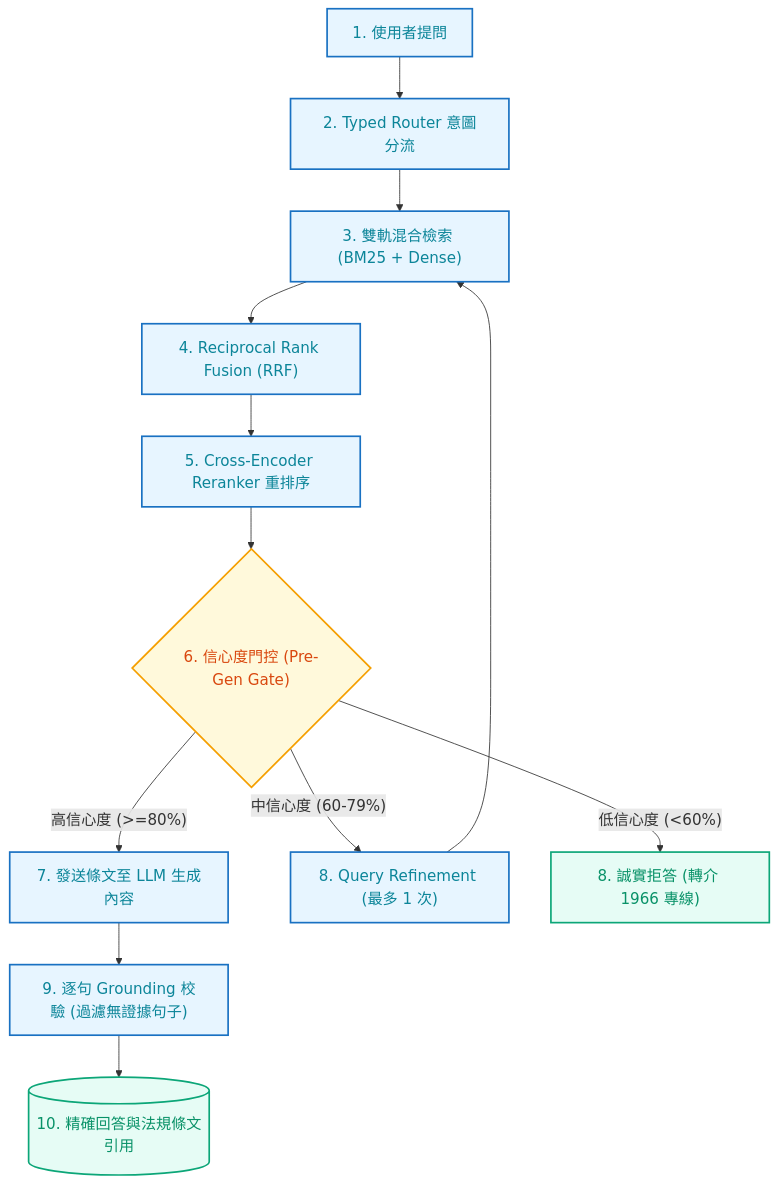
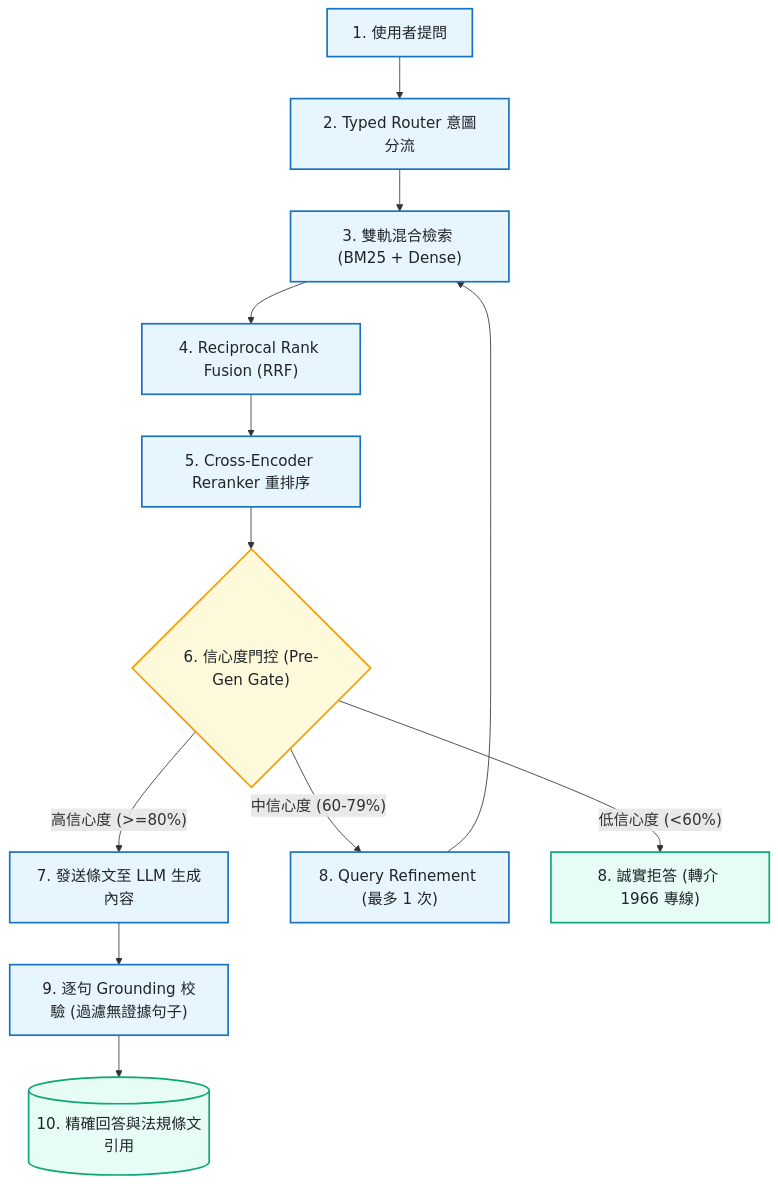
One commit to kuotunyu/tw-longcare-rag changed the first of 2 diagrams in README.md. Above: the diagram before and after it, drawn with Mermaid.

Commit message:
style(docs): unify node text color to solid black (#212529) for cleaner readability

````diff
--- a/README.md
+++ b/README.md
@@ -34,25 +34,25 @@
 ```mermaid
 %%{init: {'themeVariables': {'fontSize': '18px'}}}%%
 flowchart TD
     Q["1. 使用者提問"] --> R["2. Typed Router 意圖分流"]
     R --> H["3. 雙軌混合檢索 (BM25 + Dense)"]
     H --> RRF["4. Reciprocal Rank Fusion (RRF)"]
     RRF --> CE["5. Cross-Encoder Reranker 重排序"]
     CE --> Gate{"6. 信心度門控 (Pre-Gen Gate)"}
 
     Gate -->|"高信心度 (>=80%)"| Gen["7. 發送條文至 LLM 生成內容"]
     Gate -->|"中信心度 (60-79%)"| Ref["8. Query Refinement (最多 1 次)"]
     Gate -->|"低信心度 (<60%)"| Rej["8. 誠實拒答 (轉介 1966 專線)"]
 
     Ref --> H
     Gen --> Post["9. 逐句 Grounding 校驗 (過濾無證據句子)"]
     Post --> Out[("10. 精確回答與法規條文引用")]
 
-    classDef normStyle fill:#e7f5ff,stroke:#1971c2,stroke-width:2px,color:#0c8599
-    classDef condStyle fill:#fff9db,stroke:#f59f00,stroke-width:2px,color:#d9480f
-    classDef outStyle fill:#e6fcf5,stroke:#0ca678,stroke-width:2px,color:#099268
+    classDef normStyle fill:#e7f5ff,stroke:#1971c2,stroke-width:2px,color:#212529
+    classDef condStyle fill:#fff9db,stroke:#f59f00,stroke-width:2px,color:#212529
+    classDef outStyle fill:#e6fcf5,stroke:#0ca678,stroke-width:2px,color:#212529
 
     class Q,R,H,RRF,CE,Ref,Gen,Post normStyle
     class Gate condStyle
     class Out,Rej outStyle
 ```
````
